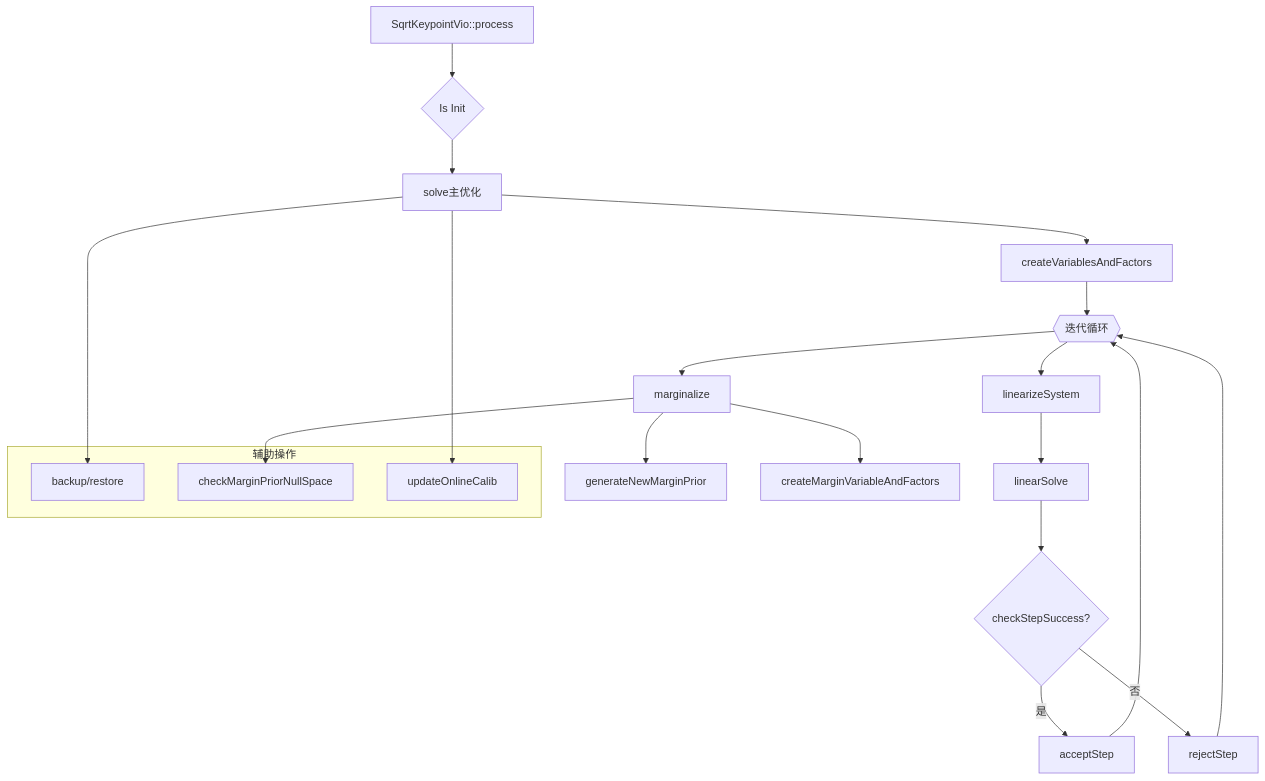
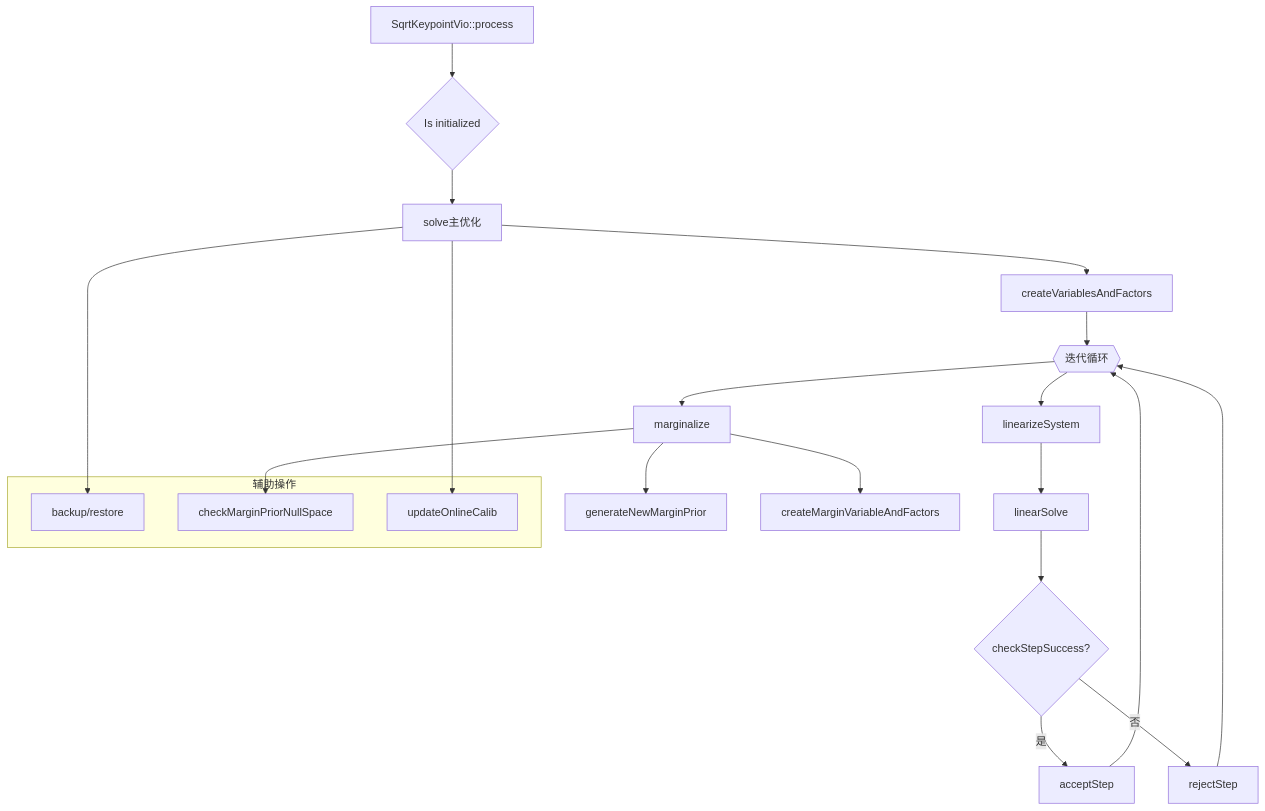
One commit to huzixuan1/iodraw-files changed the diagram in all/未命名-3.md. Above: the diagram before and after it, drawn with Mermaid.

Commit message:
2025-04-21 17:33:01 update

````diff
--- a/all/未命名-3.md
+++ b/all/未命名-3.md
@@ -1,27 +1,28 @@
 ```mermaid
 graph TD
-    A[SqrtKeypointVio::process] --> B{Is Init}
+    A[SqrtKeypointVio::process] --> B{Is initialized}
+    
     B --> C[solve主优化]
     C --> D[createVariablesAndFactors]
     D --> E{{迭代循环}}
     E --> F[linearizeSystem]
     F --> G[linearSolve]
     G --> H{checkStepSuccess?}
     H -- 是 --> I[acceptStep]
     H -- 否 --> J[rejectStep]
     I --> E
     J --> E
     E --> K[marginalize]
     K --> L[generateNewMarginPrior]
     K --> M[createMarginVariableAndFactors]
     
     subgraph 辅助操作
         N[backup/restore]
         O[checkMarginPriorNullSpace]
         P[updateOnlineCalib]
     end
     C --> N
     K --> O
     C --> P
 
 ```
````
